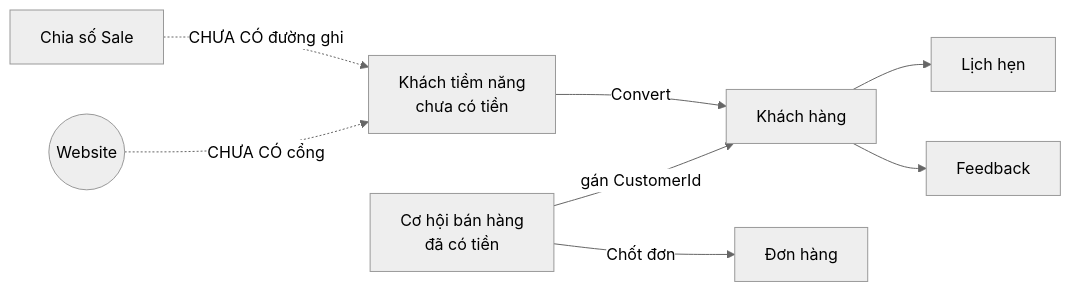
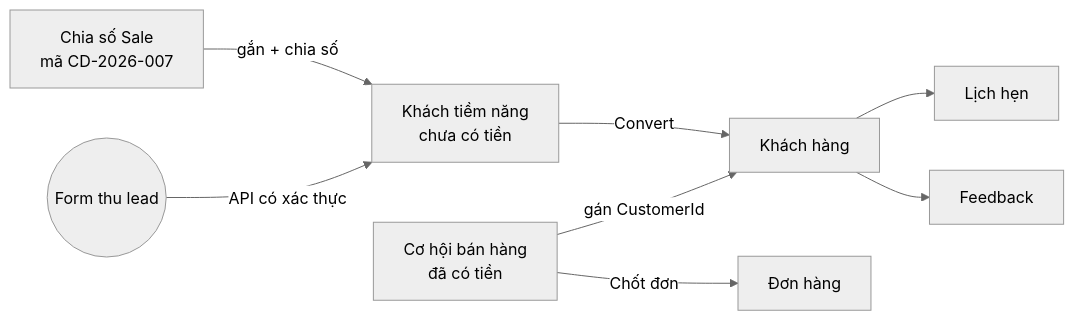
One commit to trieuthang1991/tourkit-crm changed the first of 3 diagrams in docs/business/luong-crm.md. Above: the diagram before and after it, drawn with Mermaid (neutral theme). The commit also changed other lines of this file and 56 other files, not shown here.

First line of the commit message:
feat(crm): chia số Sale chạy thật + nguồn chi tiết + nối lại lịch sử sau chuyển đổi

````diff
--- a/docs/business/luong-crm.md
+++ b/docs/business/luong-crm.md
@@ -11,10 +11,10 @@
 ```mermaid
 flowchart LR
   KTN[Khách tiềm năng<br/>chưa có tiền] -- Convert --> KH[Khách hàng]
   CH[Cơ hội bán hàng<br/>đã có tiền] -- gán CustomerId --> KH
   CH -- Chốt đơn --> DH[Đơn hàng]
   KH --> LH[Lịch hẹn]
   KH --> FB[Feedback]
-  CD[Chia số Sale] -. "CHƯA CÓ đường ghi" .-> KTN
-  WEB((Website)) -. "CHƯA CÓ cổng" .-> KTN
+  CD[Chia số Sale<br/>mã CD-2026-007] -- "gắn + chia số" --> KTN
+  WEB((Form thu lead)) -- "API có xác thực" --> KTN
 ```
````
